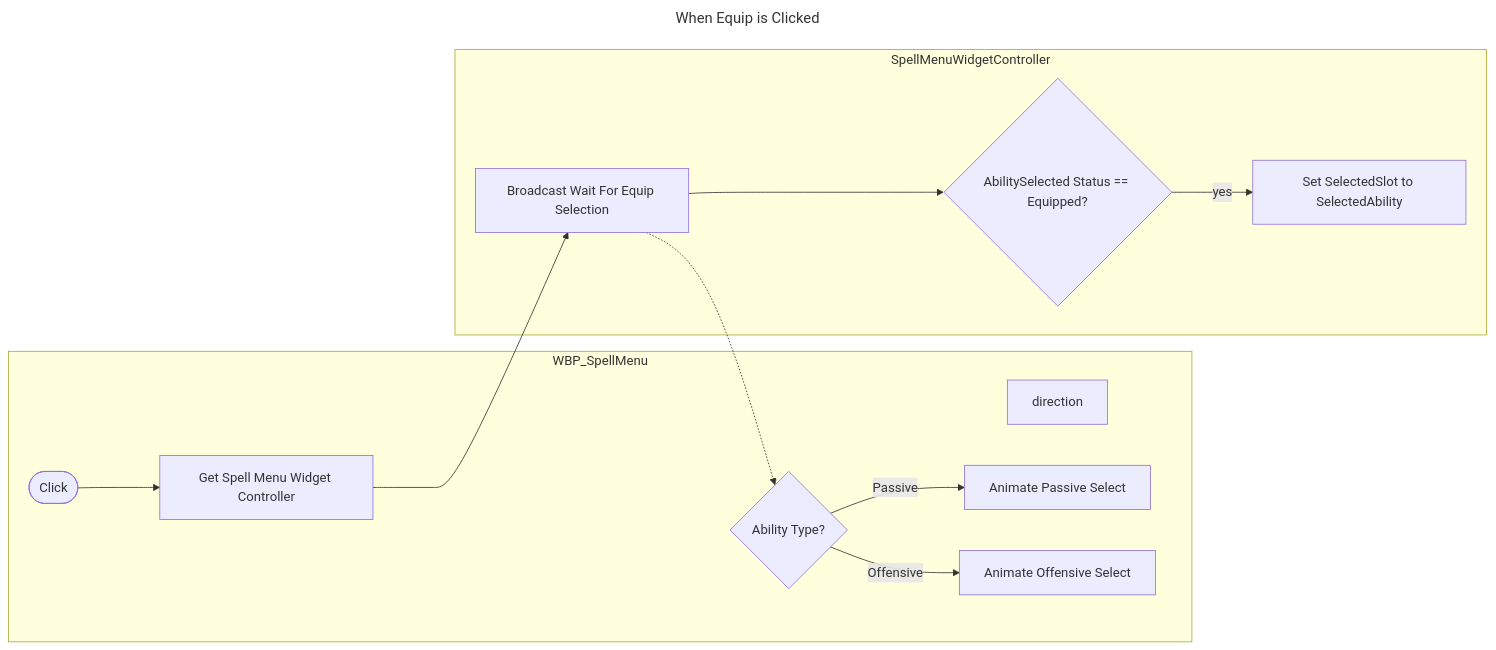
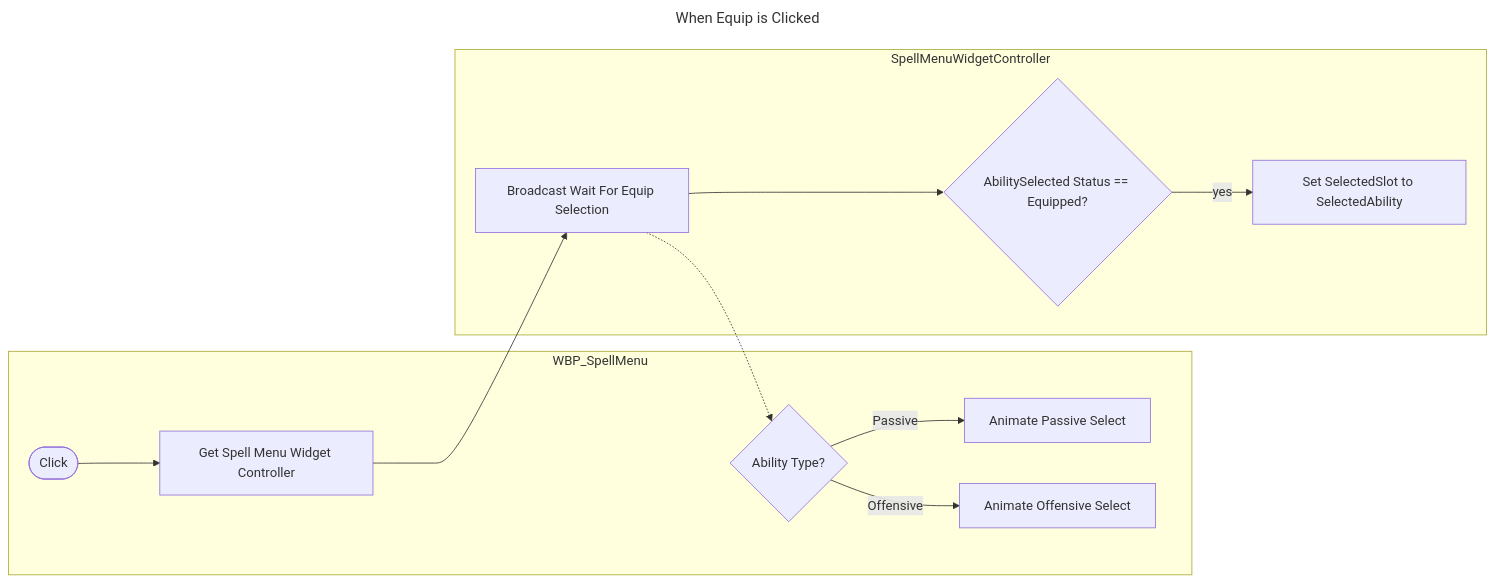
The third of 4 diagrams in content/July 2025/Spell-Menu.md (ambrosiacvet/quartz-devblog), drawn with Mermaid before and after one commit. The commit also changed other lines of this file and 3 other files, not shown here.

````diff
--- a/content/July 2025/Spell-Menu.md
+++ b/content/July 2025/Spell-Menu.md
@@ -114,27 +114,26 @@
 ```mermaid
 ---
 title: When Equip is Clicked
 ---
 flowchart LR
 	subgraph WBP_SpellMenu
-	direction
 		START([Click])
 		a4[Get Spell Menu Widget Controller]
 		a1{Ability Type?}
 		a2[Animate Passive Select]
 		a3[Animate Offensive Select]
 	end
 	subgraph SpellMenuWidgetController
 		b1[Broadcast Wait For Equip Selection]
 		b2{AbilitySelected Status == Equipped?}
 		b3[Set SelectedSlot to SelectedAbility]
 	end
 
 	START--->a4
 	a4--->b1
 	b1--->b2
 	b2-- yes -->b3
 	b1-.->a1
 	a1-- Passive -->a2
 	a1-- Offensive -->a3
 ```
````
